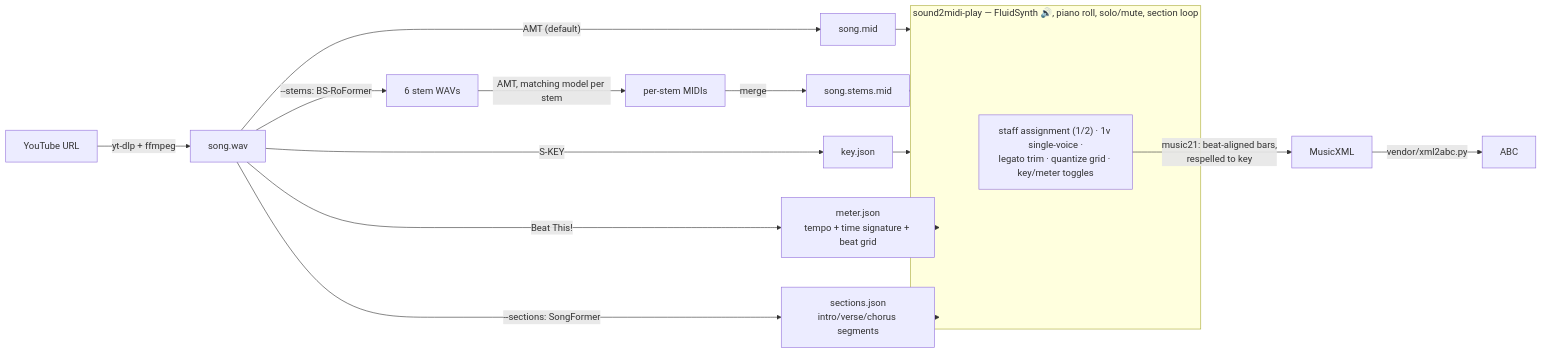
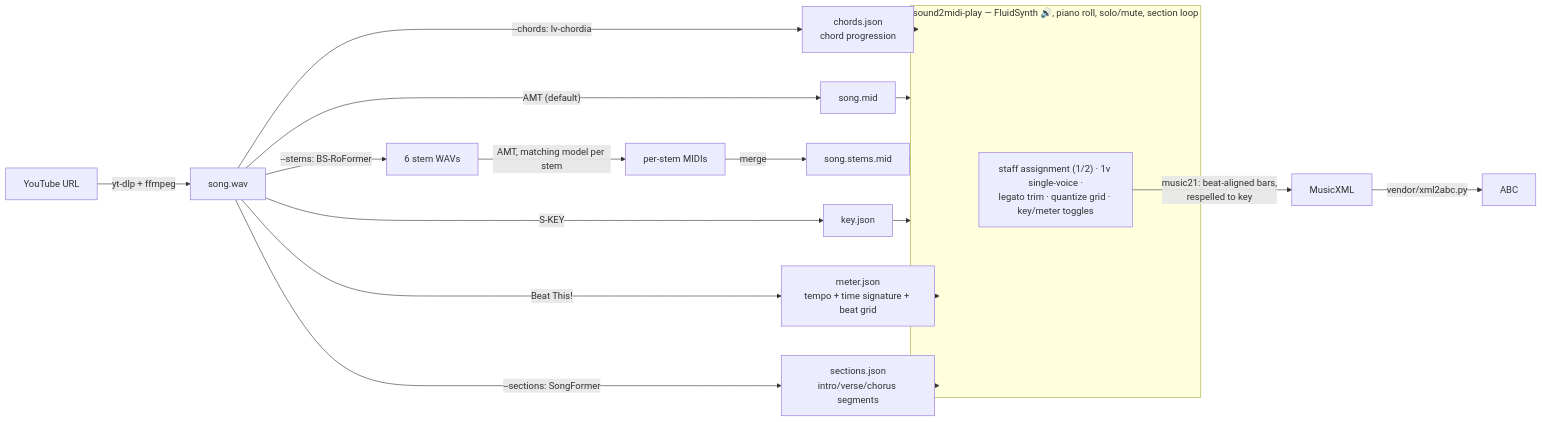
One commit to vibetuned/sound2midi changed the diagram in README.md. Above: the diagram before and after it, drawn with Mermaid. The commit also changed other lines of this file and 8 other files, not shown here.

````diff
--- a/README.md
+++ b/README.md
@@ -13,26 +13,28 @@
 ```mermaid
 flowchart LR
     URL["YouTube URL"] -->|"yt-dlp + ffmpeg"| WAV["song.wav"]
 
     WAV -->|"AMT (default)"| MID["song.mid"]
     WAV -->|"--stems: BS-RoFormer"| STEMS["6 stem WAVs"]
     STEMS -->|"AMT, matching model per stem"| SMID["per-stem MIDIs"]
     SMID -->|"merge"| MERGED["song.stems.mid"]
 
     WAV -->|"S-KEY"| KEY["key.json"]
     WAV -->|"Beat This!"| METER["meter.json<br/>tempo + time signature + beat grid"]
     WAV -->|"--sections: SongFormer"| SECTIONS["sections.json<br/>intro/verse/chorus segments"]
+    WAV -->|"--chords: lv-chordia"| CHORDS["chords.json<br/>chord progression"]
+    CHORDS --> PLAYER
 
     MID --> PLAYER
     MERGED --> PLAYER
     KEY --> PLAYER
     METER --> PLAYER
     SECTIONS --> PLAYER
 
     subgraph PLAYER["sound2midi-play — FluidSynth 🔊, piano roll, solo/mute, section loop"]
         SEL["staff assignment (1/2) · 1v single-voice ·<br/>legato trim · quantize grid · key/meter toggles"]
     end
 
     SEL -->|"music21: beat-aligned bars,<br/>respelled to key"| XML["MusicXML"]
     XML -->|"vendor/xml2abc.py"| ABC["ABC"]
 ```
````
